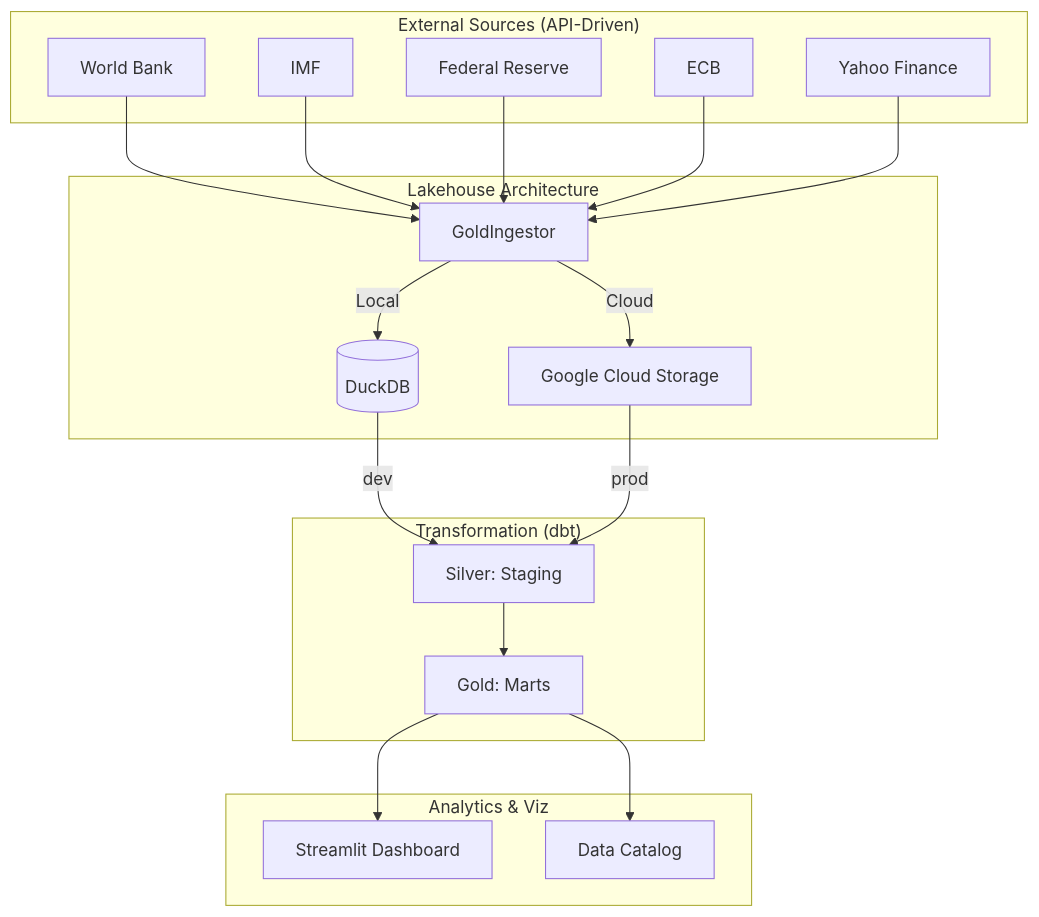
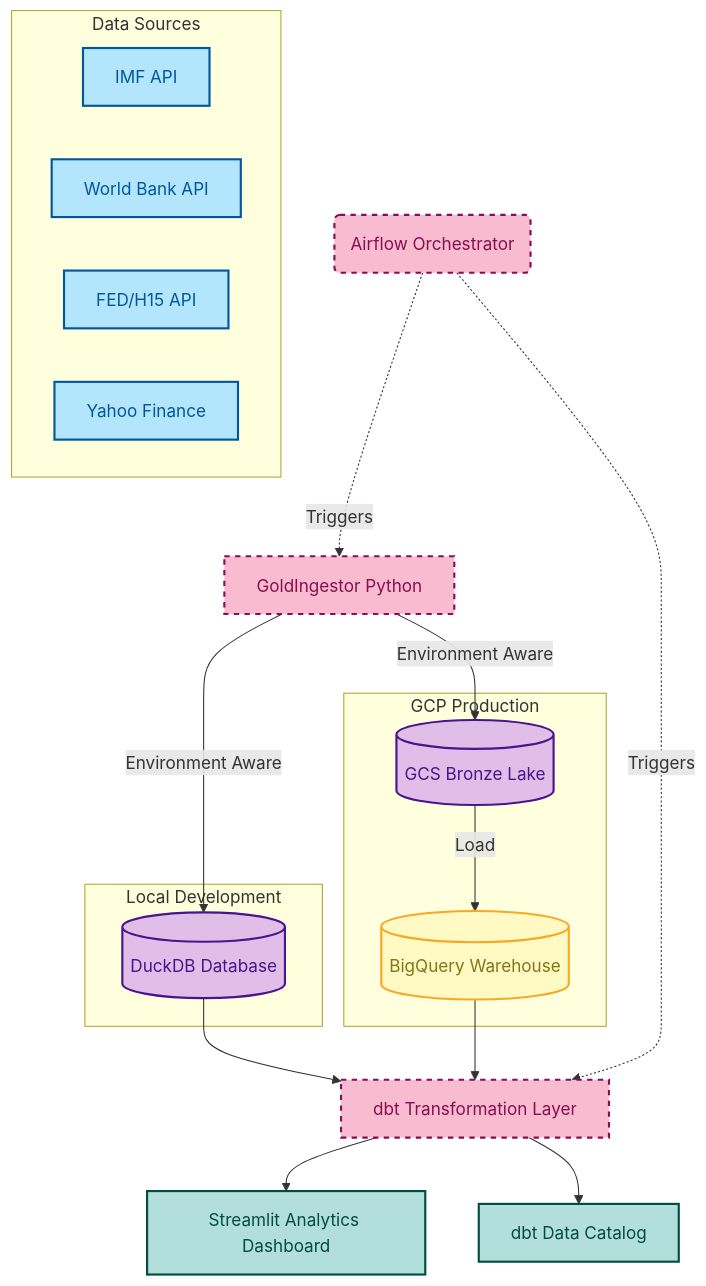
Before and after one commit to flo-kaiser/data_engineering_project: the diagram in README.md, drawn with Mermaid. The commit also changed other lines of this file, not shown here.

Commit message:
docs: finalize readme with institutional finance narrative and styled architecture

````diff
--- a/README.md
+++ b/README.md
@@ -33,28 +23,39 @@
 ```mermaid
 graph TD
-    subgraph "External Sources (API-Driven)"
-        WB[World Bank]
-        IMF[IMF]
-        FED[Federal Reserve]
-        ECB[ECB]
-        YF[Yahoo Finance]
+    classDef source fill:#b3e5fc,stroke:#01579b,stroke-width:2px,color:#01579b;
+    classDef lake fill:#e1bee7,stroke:#4a148c,stroke-width:2px,color:#4a148c;
+    classDef warehouse fill:#fff9c4,stroke:#f9a825,stroke-width:2px,color:#827717;
+    classDef orchestration fill:#f8bbd0,stroke:#880e4f,stroke-width:2px,color:#880e4f,stroke-dasharray: 5 5;
+    classDef viz fill:#b2dfdb,stroke:#004d40,stroke-width:2px,color:#004d40;
+
+    subgraph External_APIs [Data Sources]
+        IMF[IMF API]:::source
+        WB[World Bank API]:::source
+        FED[FED/H15 API]:::source
+        YF[Yahoo Finance]:::source
     end
 
-    subgraph "Lakehouse Architecture"
-        IM[GoldIngestor] -- Local --> DB[(DuckDB)]
-        IM -- Cloud --> GCS[Google Cloud Storage]
+    IM[GoldIngestor Python]:::orchestration -- "Environment Aware" --> Local_DB
+    IM -- "Environment Aware" --> GCS
+
+    subgraph Local_Dev [Local Development]
+        Local_DB[(DuckDB Database)]:::lake
     end
 
-    subgraph "Transformation (dbt)"
-        DB -- dev --> STG[Silver: Staging]
-        GCS -- prod --> STG
-        STG --> GOLD[Gold: Marts]
+    subgraph GCP_Cloud [GCP Production]
+        GCS[(GCS Bronze Lake)]:::lake
+        BQ[(BigQuery Warehouse)]:::warehouse
     end
 
-    subgraph "Analytics & Viz"
-        GOLD --> SL[Streamlit Dashboard]
-        GOLD --> DBT_DOCS[Data Catalog]
-    end
+    DBT[dbt Transformation Layer]:::orchestration
+    
+    Local_DB --> DBT
+    BQ --> DBT
+    GCS -- "Load" --> BQ
 
-    WB & IMF & FED & ECB & YF --> IM
+    DBT --> SL[Streamlit Analytics Dashboard]:::viz
+    DBT --> Docs[dbt Data Catalog]:::viz
+
+    Airflow(Airflow Orchestrator):::orchestration -. "Triggers" .-> IM
+    Airflow -. "Triggers" .-> DBT
 ```
````
